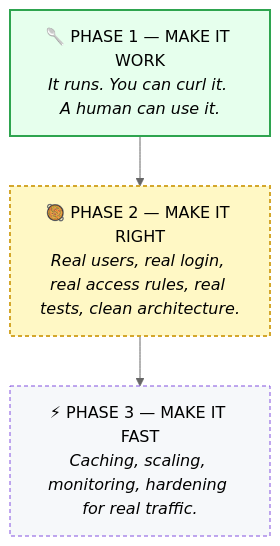
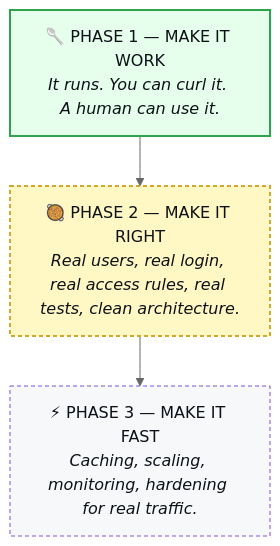
The third of 4 diagrams in README.md (ratneshmurugesan/tech-foundry), drawn with Mermaid (neutral theme) before and after one commit. The commit also changed other lines of this file, not shown here.

First line of the commit message:
docs(README): readable black diagram text + add a real-dates caption under the Journey Map

````diff
--- a/README.md
+++ b/README.md
@@ -149,13 +151,13 @@
 ```mermaid
 flowchart TD
   P1["🥄 PHASE 1 — MAKE IT WORK<br/><i>It runs. You can curl it. A human can use it.</i>"]
   P2["🥘 PHASE 2 — MAKE IT RIGHT<br/><i>Real users, real login, real access rules, real tests, clean architecture.</i>"]
   P3["⚡ PHASE 3 — MAKE IT FAST<br/><i>Caching, scaling, monitoring, hardening for real traffic.</i>"]
   P1 --> P2 --> P3
-  classDef here fill:#e6ffed,stroke:#2ea44f,stroke-width:2px;
-  classDef next fill:#fff8c5,stroke:#d4a72c,stroke-width:2px,stroke-dasharray:4 3;
-  classDef later fill:#f6f8fa,stroke:#8250df,stroke-width:1px,stroke-dasharray:4 3;
+  classDef here fill:#e6ffed,stroke:#2ea44f,stroke-width:2px,color:#0d1117;
+  classDef next fill:#fff8c5,stroke:#d4a72c,stroke-width:2px,stroke-dasharray:4 3,color:#0d1117;
+  classDef later fill:#f6f8fa,stroke:#8250df,stroke-width:1px,stroke-dasharray:4 3,color:#0d1117;
   class P1 here;
   class P2 next;
   class P3 later;
 ```
````
